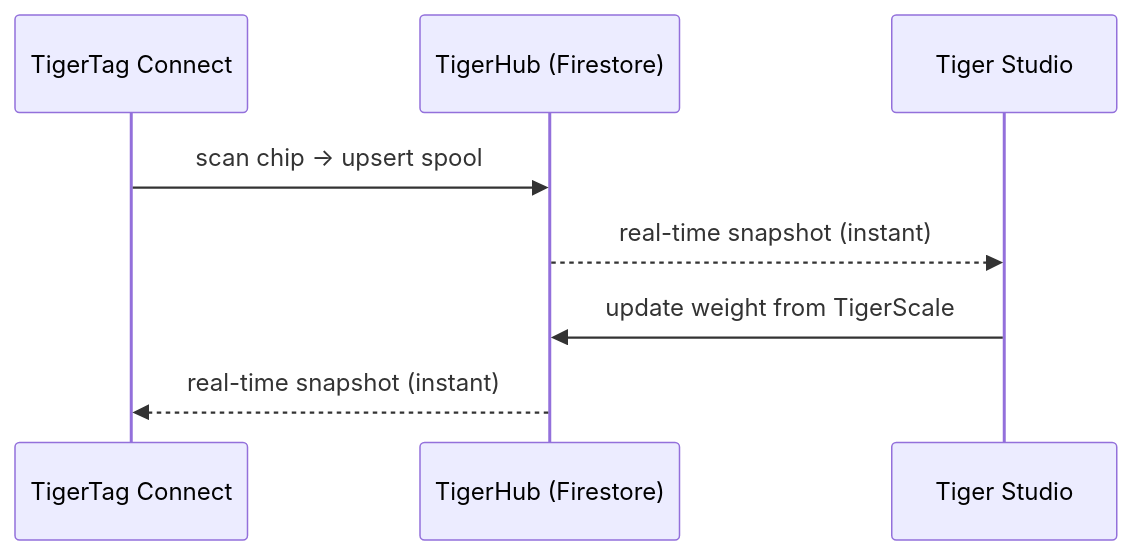
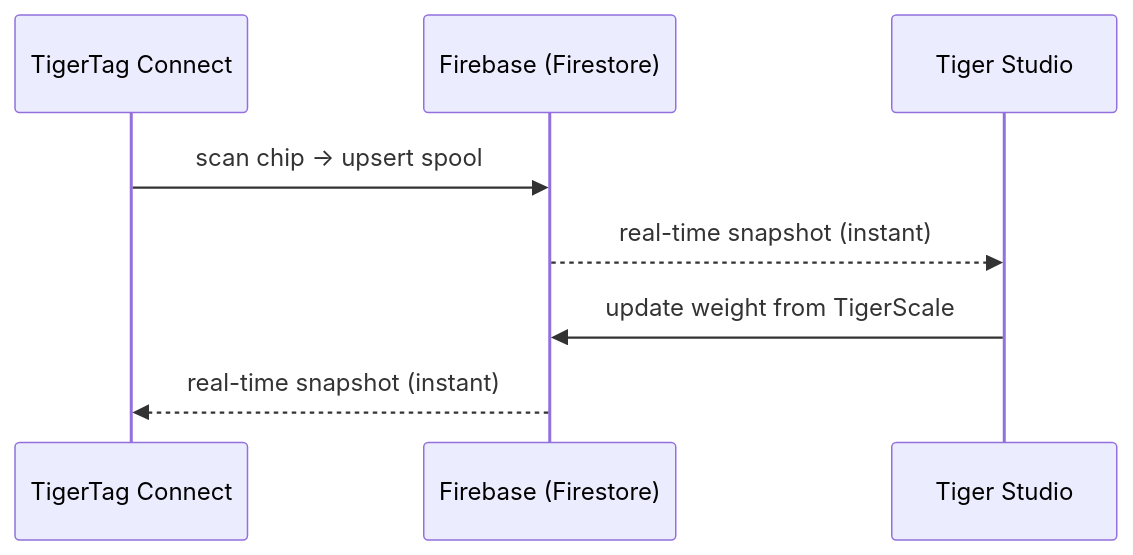
The diagram in docs/concepts/inventory-and-cloud-sync.md (TigerTag-Project/TigerSystem-Docs), drawn with Mermaid before and after one commit. The commit also changed other lines of this file and 22 other files, not shown here.

Commit message:
Correct the TigerHub definition: TigerHub is the tigersystem.io web platform (showcase + social sandbox); the backend is plain, unbranded Firebase

````diff
--- a/docs/concepts/inventory-and-cloud-sync.md
+++ b/docs/concepts/inventory-and-cloud-sync.md
@@ -9,10 +11,10 @@
 ```mermaid
 sequenceDiagram
     participant Phone as TigerTag Connect
-    participant Cloud as TigerHub (Firestore)
+    participant Cloud as Firebase (Firestore)
     participant Desktop as Tiger Studio
     Phone->>Cloud: scan chip → upsert spool
     Cloud-->>Desktop: real-time snapshot (instant)
     Desktop->>Cloud: update weight from TigerScale
     Cloud-->>Phone: real-time snapshot (instant)
 ```
````
